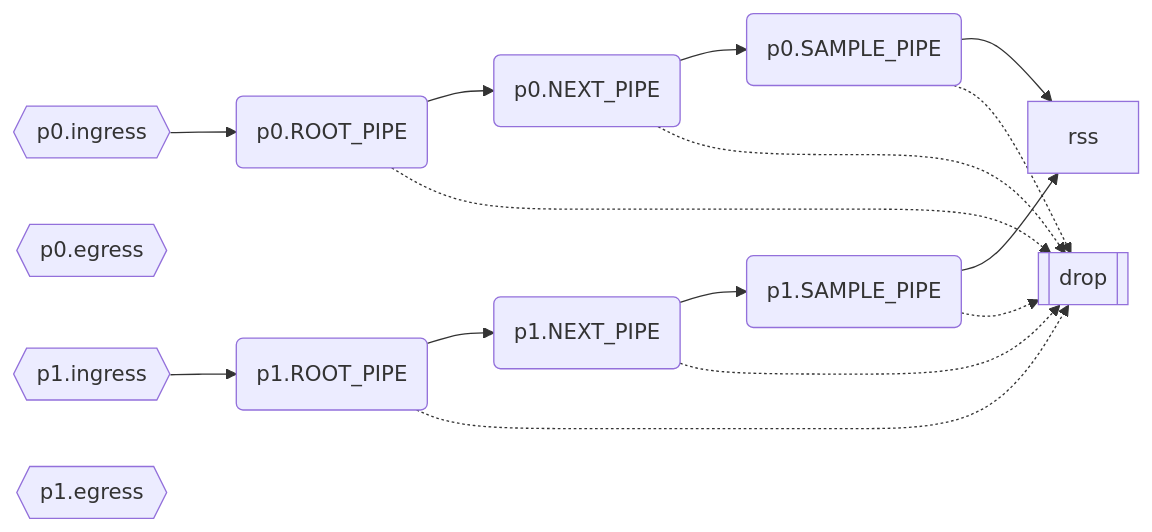
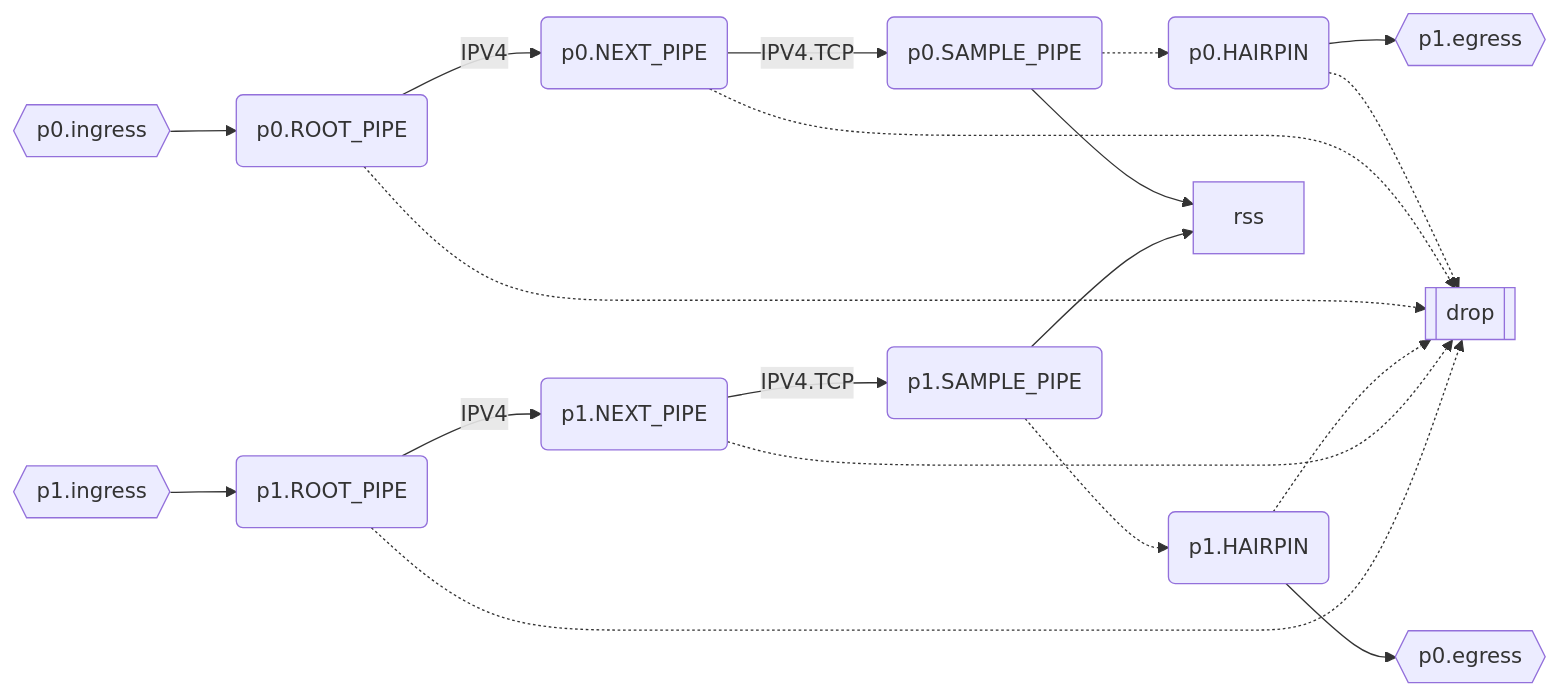
One commit to nvbrent/doca-flow-viz changed the first of 3 diagrams in README.md. Above: the diagram before and after it, drawn with Mermaid. The commit also changed 1 other file, not shown here.

Commit message:
Expand the sample app

````diff
--- a/README.md
+++ b/README.md
@@ -37,29 +37,35 @@
 ```mermaid
 flowchart LR
     p0.ingress{{p0.ingress}}
     p0.egress{{p0.egress}}
     p1.ingress{{p1.ingress}}
     p1.egress{{p1.egress}}
+    p0.HAIRPIN("p0.HAIRPIN")
     p0.SAMPLE_PIPE("p0.SAMPLE_PIPE")
     p0.NEXT_PIPE("p0.NEXT_PIPE")
     p0.ROOT_PIPE("p0.ROOT_PIPE")
+    p1.HAIRPIN("p1.HAIRPIN")
     p1.SAMPLE_PIPE("p1.SAMPLE_PIPE")
     p1.NEXT_PIPE("p1.NEXT_PIPE")
     p1.ROOT_PIPE("p1.ROOT_PIPE")
     drop[[drop]]
 
     p0.ingress-->p0.ROOT_PIPE
+    p0.HAIRPIN-->p1.egress
+    p0.HAIRPIN-.->drop
     p0.SAMPLE_PIPE-->rss
-    p0.SAMPLE_PIPE-.->drop
-    p0.NEXT_PIPE-->p0.SAMPLE_PIPE
+    p0.SAMPLE_PIPE-.->p0.HAIRPIN
+    p0.NEXT_PIPE-->|IPV4.TCP|p0.SAMPLE_PIPE
     p0.NEXT_PIPE-.->drop
-    p0.ROOT_PIPE-->p0.NEXT_PIPE
+    p0.ROOT_PIPE-->|IPV4|p0.NEXT_PIPE
     p0.ROOT_PIPE-.->drop
     p1.ingress-->p1.ROOT_PIPE
+    p1.HAIRPIN-->p0.egress
+    p1.HAIRPIN-.->drop
     p1.SAMPLE_PIPE-->rss
-    p1.SAMPLE_PIPE-.->drop
-    p1.NEXT_PIPE-->p1.SAMPLE_PIPE
+    p1.SAMPLE_PIPE-.->p1.HAIRPIN
+    p1.NEXT_PIPE-->|IPV4.TCP|p1.SAMPLE_PIPE
     p1.NEXT_PIPE-.->drop
-    p1.ROOT_PIPE-->p1.NEXT_PIPE
+    p1.ROOT_PIPE-->|IPV4|p1.NEXT_PIPE
     p1.ROOT_PIPE-.->drop
 ```
````
